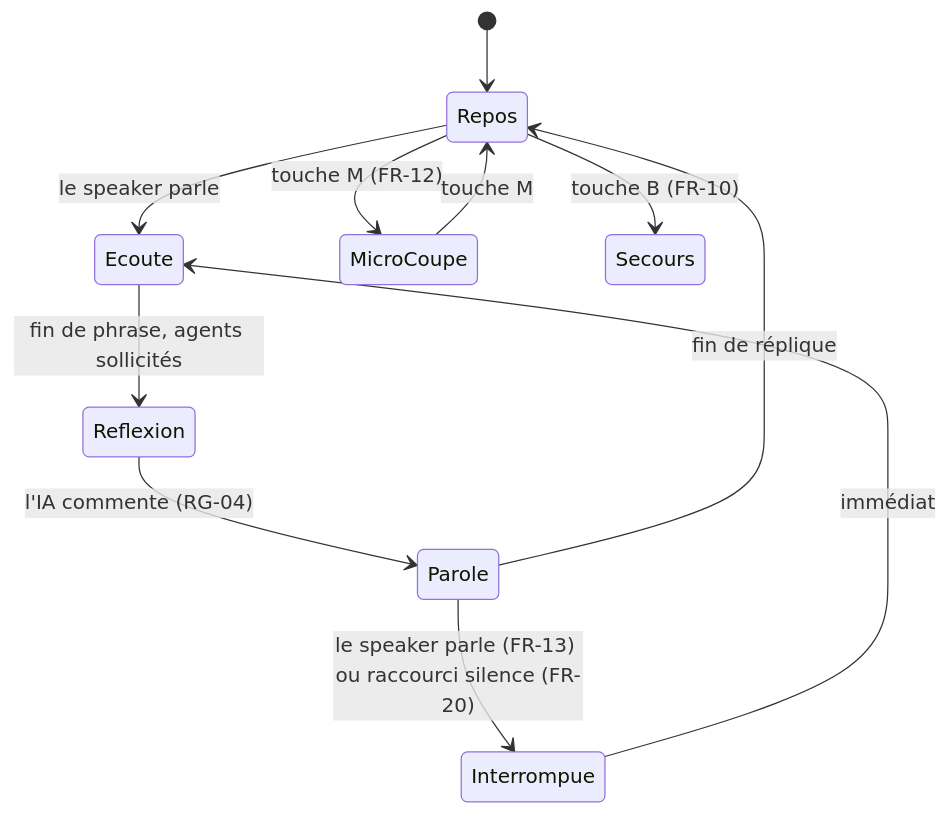
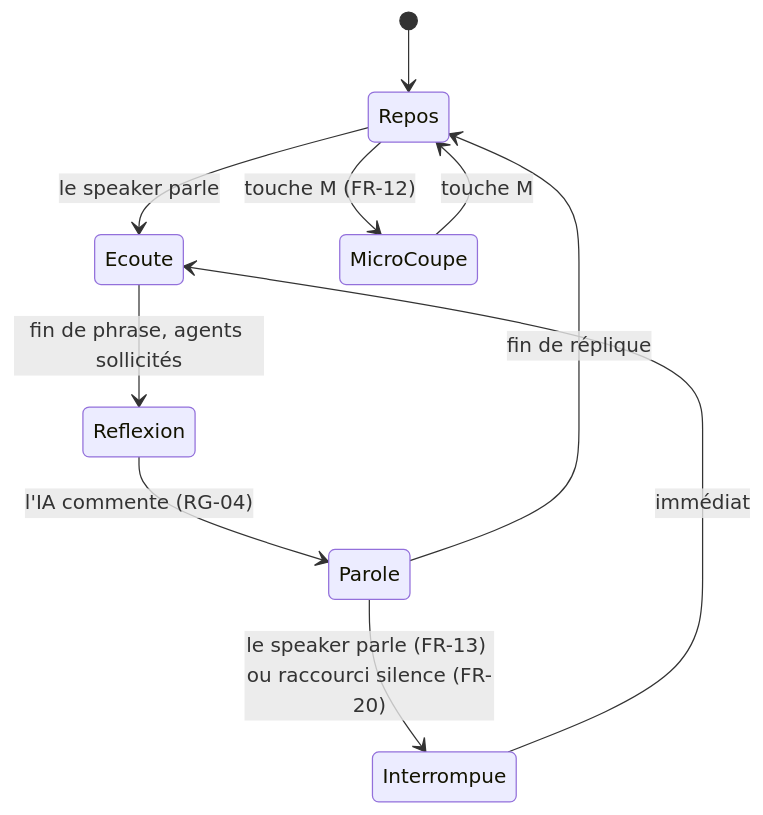
The diagram in product/functional/screen.md (b-fontaine/ai_voice_ui), drawn with Mermaid before and after one commit. The commit also changed other lines of this file and 59 other files, not shown here.

First line of the commit message:
docs(product): réponses du porteur du 2026-10-29 (pdr-0027 à pdr-0040), roadmap au 12/11

````diff
--- a/product/functional/screen.md
+++ b/product/functional/screen.md
@@ -44,13 +44,12 @@
 ```mermaid
 stateDiagram-v2
     [*] --> Repos
     Repos --> Ecoute : le speaker parle
     Ecoute --> Reflexion : fin de phrase, agents sollicités
     Reflexion --> Parole : l'IA commente (RG-04)
     Parole --> Interrompue : le speaker parle (FR-13) ou raccourci silence (FR-20)
     Interrompue --> Ecoute : immédiat
     Parole --> Repos : fin de réplique
     Repos --> MicroCoupe : touche M (FR-12)
     MicroCoupe --> Repos : touche M
-    Repos --> Secours : touche B (FR-10)
 ```
````
